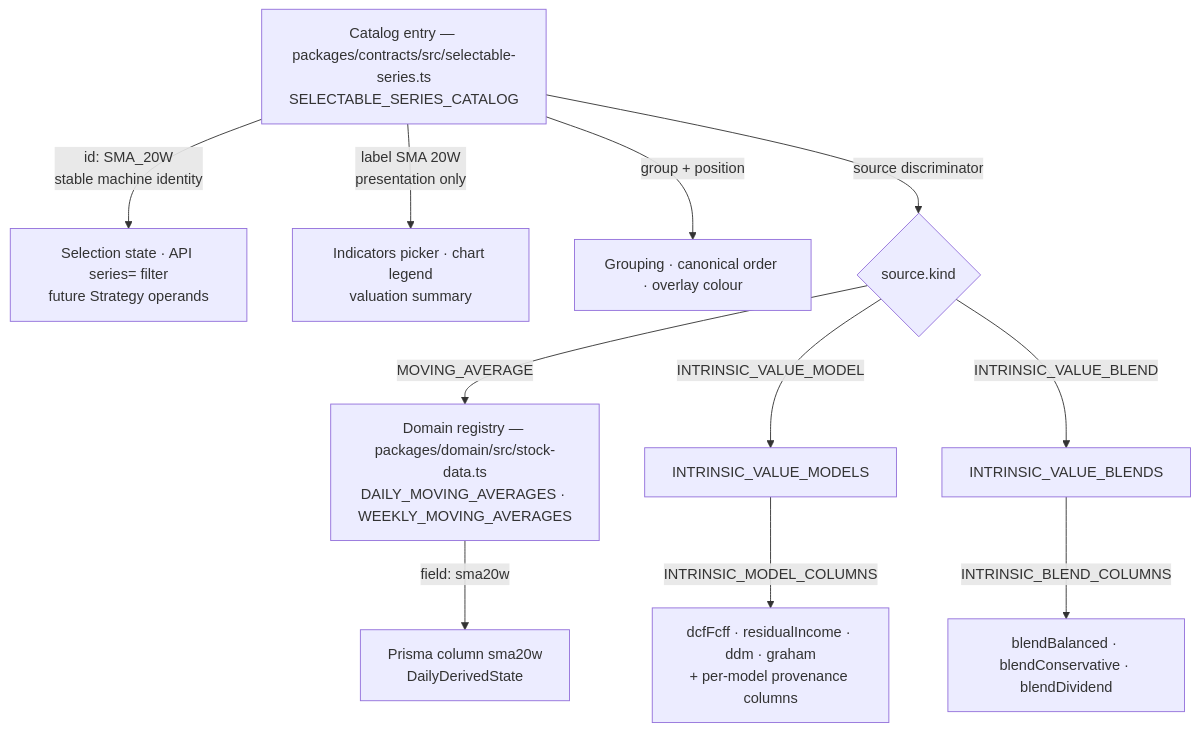
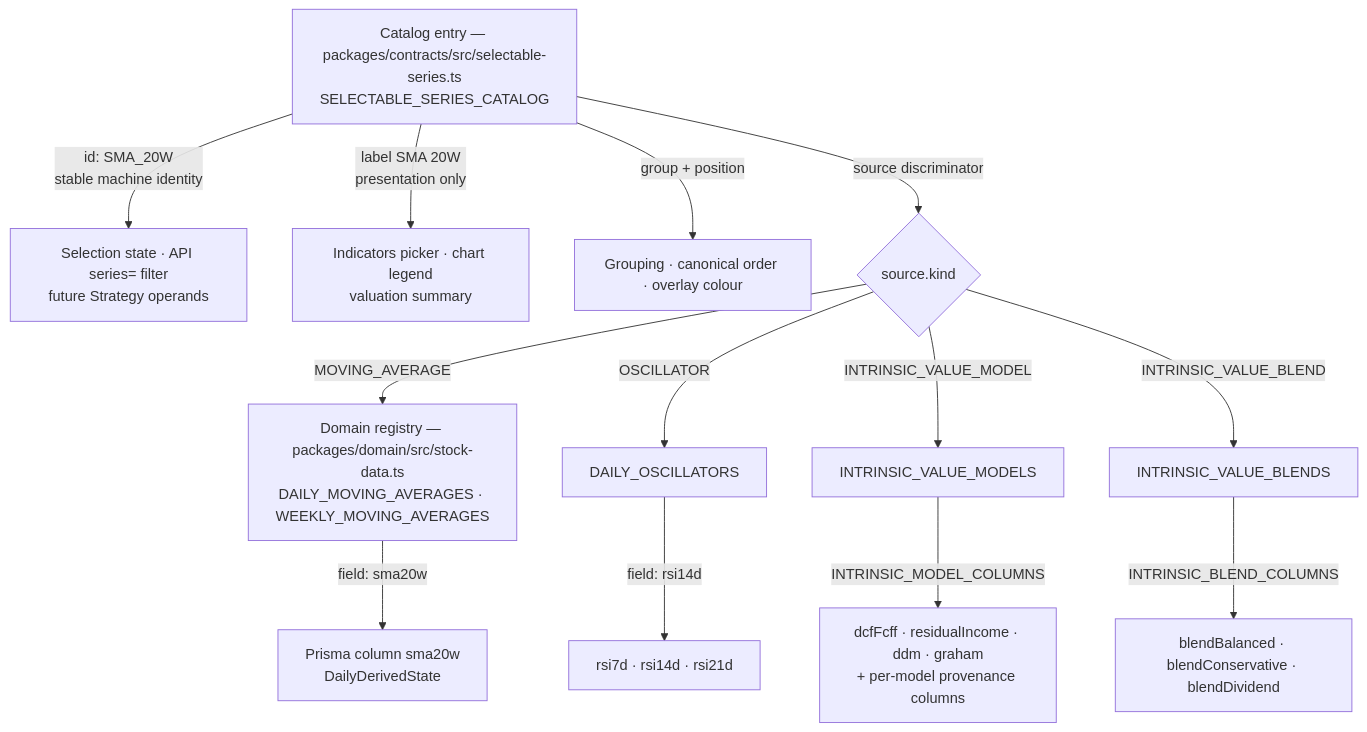
Before and after one commit to BMarius93/factorsage: the second of 3 diagrams in ai/architecture/calculated-series.md, drawn with Mermaid. The commit also changed other lines of this file and 7 other files, not shown here.

First line of the commit message:
docs: record the daily RSI oscillator family across the series documentation

````diff
--- a/ai/architecture/calculated-series.md
+++ b/ai/architecture/calculated-series.md
@@ -39,14 +41,16 @@
 ```mermaid
 flowchart TD
   C["Catalog entry — packages/contracts/src/selectable-series.ts<br/>SELECTABLE_SERIES_CATALOG"]
   C -->|"id: SMA_20W<br/>stable machine identity"| SEL["Selection state · API series= filter<br/>future Strategy operands"]
   C -->|"label SMA 20W<br/>presentation only"| UI["Indicators picker · chart legend<br/>valuation summary"]
   C -->|"group + position"| ORD["Grouping · canonical order · overlay colour"]
   C -->|"source discriminator"| SRC{"source.kind"}
   SRC -->|MOVING_AVERAGE| REG["Domain registry — packages/domain/src/stock-data.ts<br/>DAILY_MOVING_AVERAGES · WEEKLY_MOVING_AVERAGES"]
+  SRC -->|OSCILLATOR| OSC["DAILY_OSCILLATORS"]
   SRC -->|INTRINSIC_VALUE_MODEL| IVM["INTRINSIC_VALUE_MODELS"]
   SRC -->|INTRINSIC_VALUE_BLEND| IVB["INTRINSIC_VALUE_BLENDS"]
   REG -->|"field: sma20w"| COL["Prisma column sma20w<br/>DailyDerivedState"]
+  OSC -->|"field: rsi14d"| COL4["rsi7d · rsi14d · rsi21d"]
   IVM -->|"INTRINSIC_MODEL_COLUMNS"| COL2["dcfFcff · residualIncome · ddm · graham<br/>+ per-model provenance columns"]
   IVB -->|"INTRINSIC_BLEND_COLUMNS"| COL3["blendBalanced · blendConservative · blendDividend"]
 ```
````
